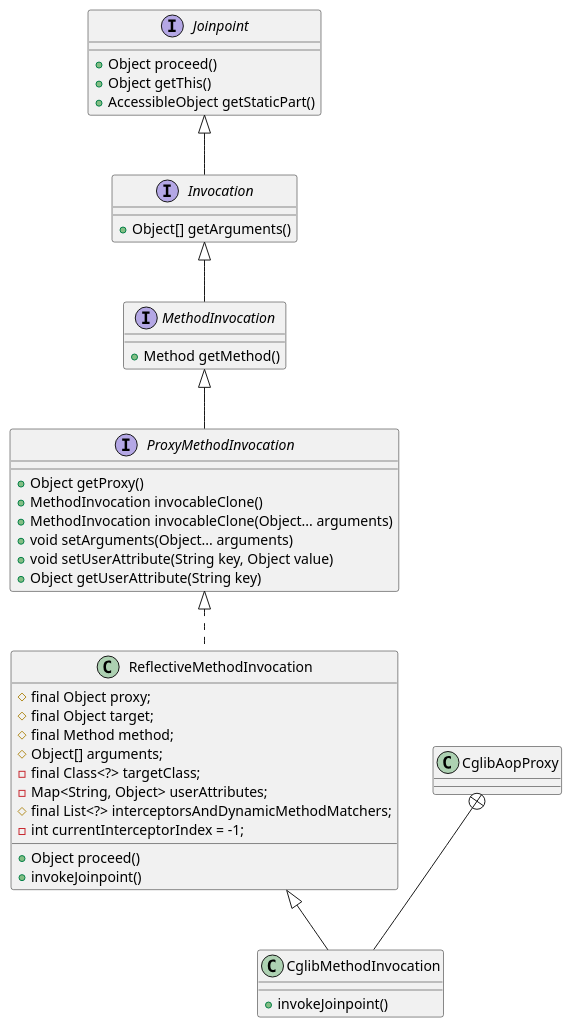
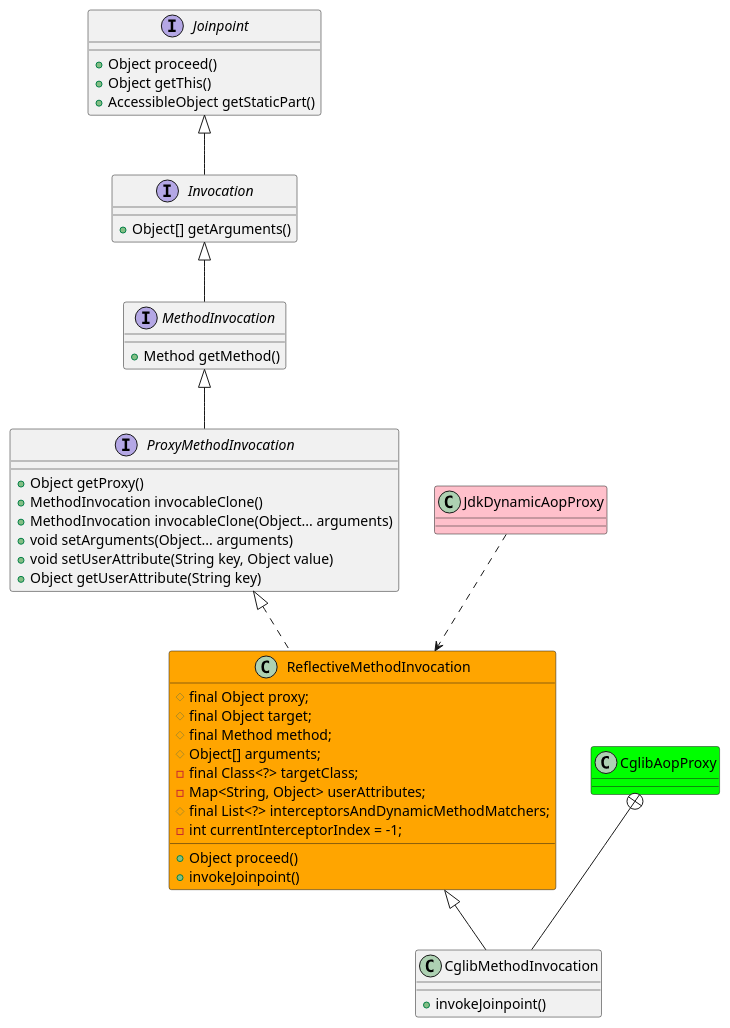
One commit to onlyonion/development changed the diagram in docs/20-framework/src/spring/spring-aop/framework/ReflectiveMethodInvocation.md. Above: the diagram before and after it, drawn with PlantUML. The commit also changed 42 other files, not shown here.

````diff
--- a/docs/20-framework/src/spring/spring-aop/framework/ReflectiveMethodInvocation.md
+++ b/docs/20-framework/src/spring/spring-aop/framework/ReflectiveMethodInvocation.md
@@ -17,60 +17,64 @@
 ```plantuml
 @startuml
 
 '''''''''''''''''''''''''Joinpoint''''''''''''''''''''''''''''''
 interface Joinpoint {
     + Object proceed()
     + Object getThis()
     + AccessibleObject getStaticPart()
 }
 
 interface Invocation {
     + Object[] getArguments()                   
 }
 
 interface MethodInvocation {
     + Method getMethod()
 }
 
 interface ProxyMethodInvocation {
 	+ Object getProxy()
 	+ MethodInvocation invocableClone()
 	+ MethodInvocation invocableClone(Object... arguments)
 	+ void setArguments(Object... arguments)
 	+ void setUserAttribute(String key, Object value)
 	+ Object getUserAttribute(String key)
 }
 
 Joinpoint ^-- Invocation
 Invocation ^-- MethodInvocation
 MethodInvocation ^-- ProxyMethodInvocation
 
 '''''''''''''''''''''''''父类''''''''''''''''''''''''''''''
 ProxyMethodInvocation ^.. ReflectiveMethodInvocation
 
-class ReflectiveMethodInvocation {
+class ReflectiveMethodInvocation #orange {
     # final Object proxy;
     # final Object target;
     # final Method method;
     # Object[] arguments;
     - final Class<?> targetClass;
     - Map<String, Object> userAttributes;
     # final List<?> interceptorsAndDynamicMethodMatchers;
     - int currentInterceptorIndex = -1;
     
     + Object proceed()
     + invokeJoinpoint()
 }
 
 
-'''''''''''''''''''''''''CglibMethodInvocation''''''''''''''''''''''''''''''
+'''''''''''''''''''''''''CglibAopProxy''''''''''''''''''''''''''''''
 ReflectiveMethodInvocation ^-- CglibMethodInvocation
 
-class CglibAopProxy
+class CglibAopProxy #lime
 CglibAopProxy +-- CglibMethodInvocation
 class CglibMethodInvocation {
     + invokeJoinpoint()
 }
 
+'''''''''''''''''''''''''JdkDynamicAopProxy''''''''''''''''''''''''''''''
+class JdkDynamicAopProxy #pink
+JdkDynamicAopProxy ..> ReflectiveMethodInvocation
+
 @enduml
 ```
````
